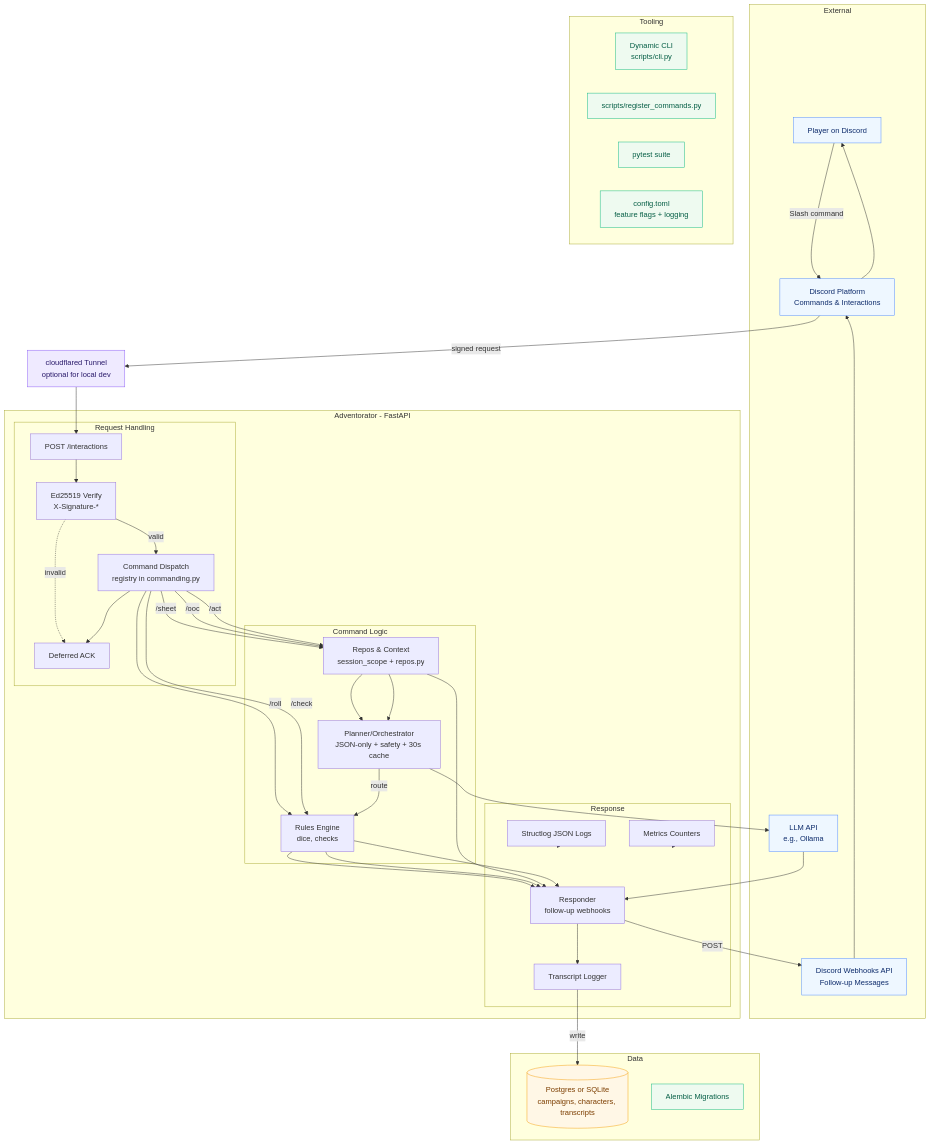
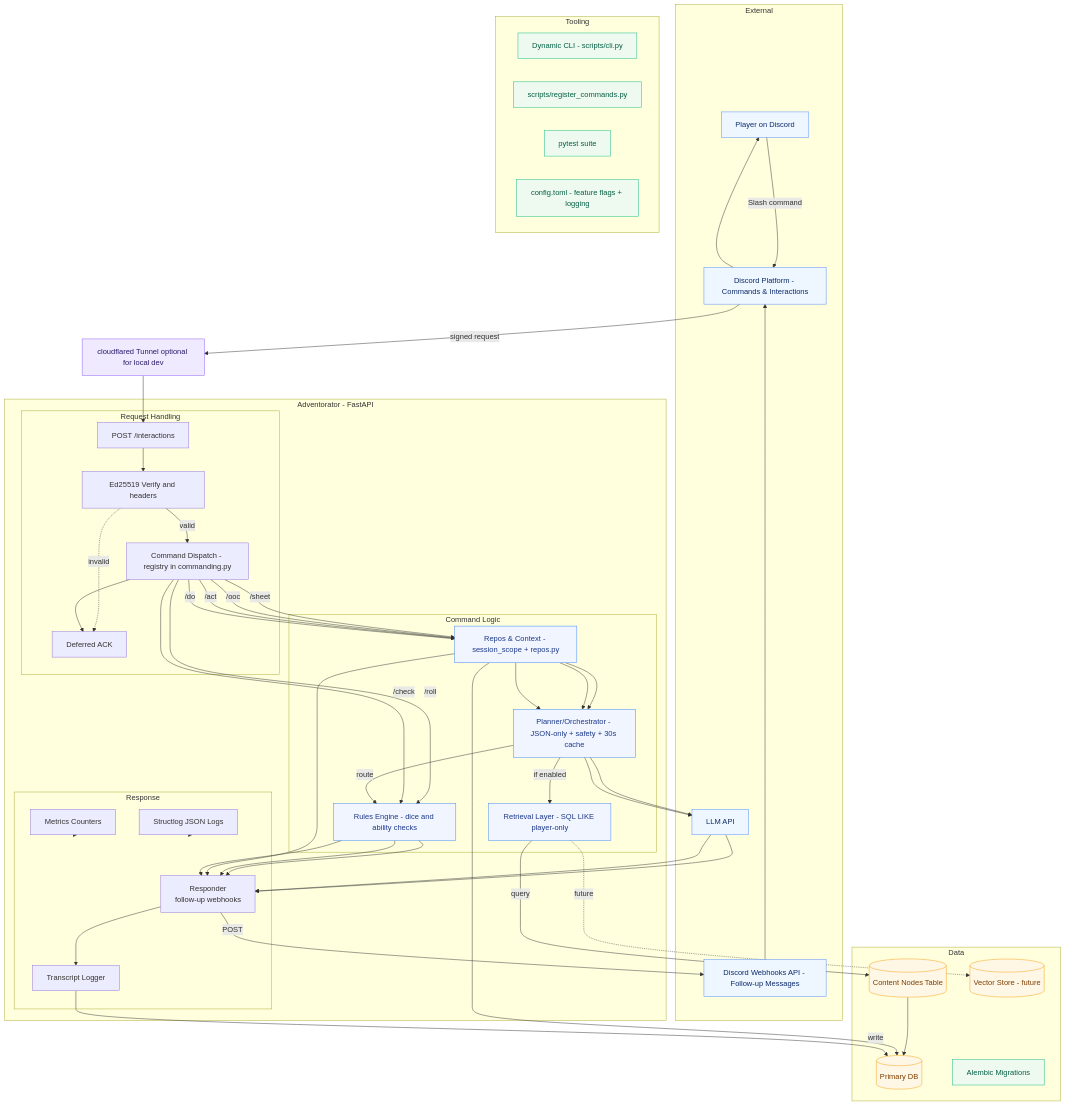
Before and after one commit to crashtestbrandt/Adventorator: the first of 3 diagrams in README.md, drawn with Mermaid. The commit also changed other lines of this file, not shown here.

Commit message:
Update arch diagram

````diff
--- a/README.md
+++ b/README.md
@@ -71,27 +71,28 @@
   %% === External ===
   subgraph EXTERNAL[External]
     U[Player on Discord]:::ext
-    DP[Discord Platform<br/>Commands & Interactions]:::ext
-    WH[Discord Webhooks API<br/>Follow-up Messages]:::ext
-    LLM[LLM API<br/>e.g., Ollama]:::ext
+    DP[Discord Platform - Commands & Interactions]:::ext
+    WH[Discord Webhooks API - Follow-up Messages]:::ext
+  LLM[LLM API]:::ext
   end
 
   %% === Network Edge ===
-  CF[cloudflared Tunnel<br/>optional for local dev]:::edge
+  CF[cloudflared Tunnel optional for local dev]:::edge
 
   %% === App ===
   subgraph APP[Adventorator - FastAPI]
     subgraph REQUEST[Request Handling]
       A[POST /interactions]
-      SIG[Ed25519 Verify<br/>X-Signature-*]
-      DISP[Command Dispatch<br/>registry in commanding.py]
-  DEF[Deferred ACK]
+  SIG[Ed25519 Verify and headers]
+      DISP[Command Dispatch - registry in commanding.py]
+      DEF[Deferred ACK]
     end
 
     subgraph BUSINESS[Command Logic]
-      RULES[Rules Engine<br/>dice, checks]
-      REPOS[Repos & Context<br/>session_scope + repos.py]
-      PLAN[Planner/Orchestrator<br/>JSON-only + safety + 30s cache]
+      RULES[Rules Engine - dice and ability checks]:::biz
+      REPOS[Repos & Context - session_scope + repos.py]:::biz
+      PLAN[Planner/Orchestrator - JSON-only + safety + 30s cache]:::biz
+  RETR[Retrieval Layer - SQL LIKE player-only]:::biz
     end
 
     subgraph RESPONSE[Response]
@@ -104,16 +105,19 @@
 
   %% === Data ===
   subgraph DATA[Data]
-    DB[(Postgres or SQLite<br/>campaigns, characters, transcripts)]:::data
+    DB[(Primary DB)]:::data
+    CN[(Content Nodes Table)]:::data
     MIG[Alembic Migrations]:::ops
+    %% Optional future vector store (pgvector/Qdrant)
+    VEC[(Vector Store - future)]:::data
   end
 
   %% === Tooling ===
   subgraph TOOLING[Tooling]
-    CLI[Dynamic CLI<br/>scripts/cli.py]:::ops
+    CLI[Dynamic CLI - scripts/cli.py]:::ops
     REG[scripts/register_commands.py]:::ops
     TEST[pytest suite]:::ops
-    CFG[config.toml<br/>feature flags + logging]:::ops
+    CFG[config.toml - feature flags + logging]:::ops
   end
 
   %% === Ingress Flow ===
@@ -131,8 +135,16 @@
   DISP -- "/sheet" --> REPOS --> RESP
   DISP -- "/ooc" --> REPOS --> PLAN --> LLM --> RESP
   DISP -- "/act" --> REPOS --> PLAN -->|route| RULES --> RESP
+  DISP -- "/do" --> REPOS --> PLAN --> LLM --> RESP
 
-  %% === Egress ===
+  %% === Orchestrator Augmentation (Phase 6) ===
+  PLAN -->|if enabled| RETR
+  RETR -->|query| CN
+  CN --> DB
+  RETR -.->|future| VEC
+
+  %% === Data Access & Egress ===
+  REPOS --> DB
   RESP --> TRANS -->|write| DB
   RESP -->|POST| WH --> DP --> U
   LOGS -.-> APP
@@ -143,4 +155,5 @@
   classDef edge fill:#efeaff,stroke:#8b5cf6,stroke-width:1px,color:#2b1b6b
   classDef data fill:#fff7e6,stroke:#f59e0b,stroke-width:1px,color:#7c3e00
   classDef ops  fill:#eefaf0,stroke:#10b981,stroke-width:1px,color:#065f46
-  ```
+  classDef biz  fill:#f0f5ff,stroke:#3b82f6,stroke-width:1px,color:#1e3a8a
+```
````
